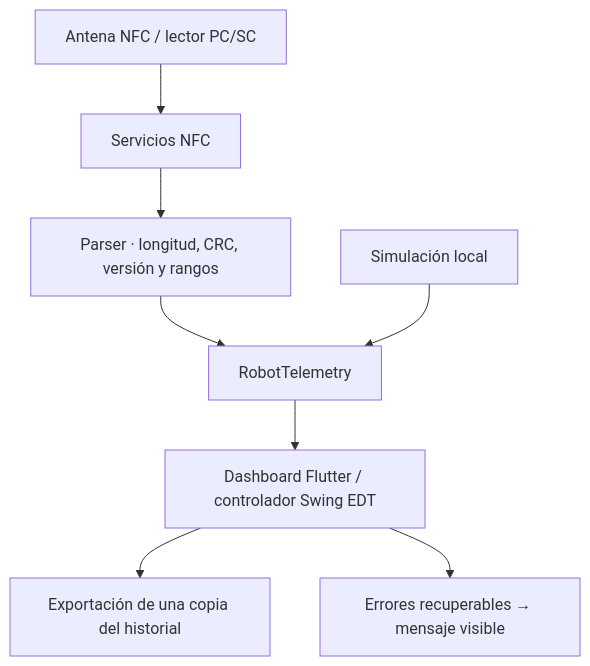
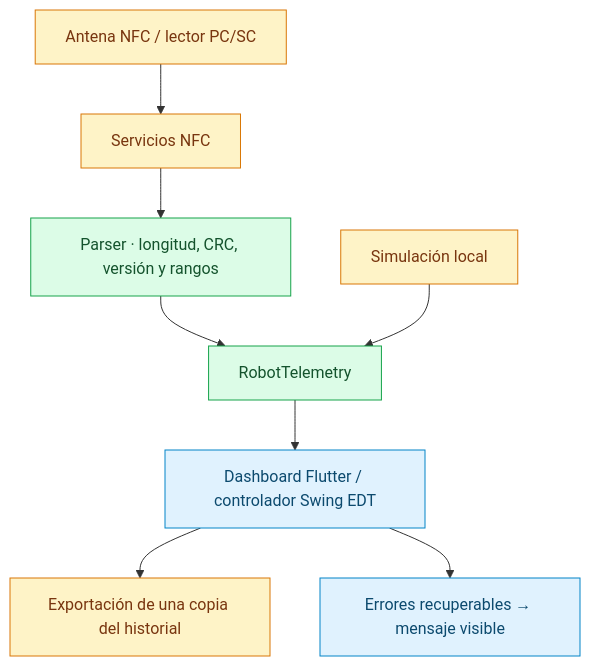
The third of 15 diagrams in README.md (RamsesCB/heliostrand-nfc-core-cpp), drawn with Mermaid before and after one commit. The commit also changed other lines of this file and 1 other file, not shown here.

Commit message:
docs: expand visual architecture and customization guide

````diff
--- a/README.md
+++ b/README.md
@@ -54,10 +139,16 @@
 ```mermaid
 flowchart TB
     Hardware["Antena NFC / lector PC/SC"] --> Service["Servicios NFC"]
     Service --> Parser["Parser · longitud, CRC, versión y rangos"]
     Parser --> Model["RobotTelemetry"]
     Simulation["Simulación local"] --> Model
     Model --> Presentation["Dashboard Flutter / controlador Swing EDT"]
     Presentation --> Export["Exportación de una copia del historial"]
     Presentation --> Boundary["Errores recuperables → mensaje visible"]
+    classDef domain fill:#DCFCE7,color:#14532D,stroke:#16A34A;
+    classDef ui fill:#E0F2FE,color:#0C4A6E,stroke:#0284C7;
+    classDef external fill:#FEF3C7,color:#78350F,stroke:#D97706;
+    class Parser,Model domain;
+    class Presentation,Boundary ui;
+    class Hardware,Service,Simulation,Export external;
 ```
````
